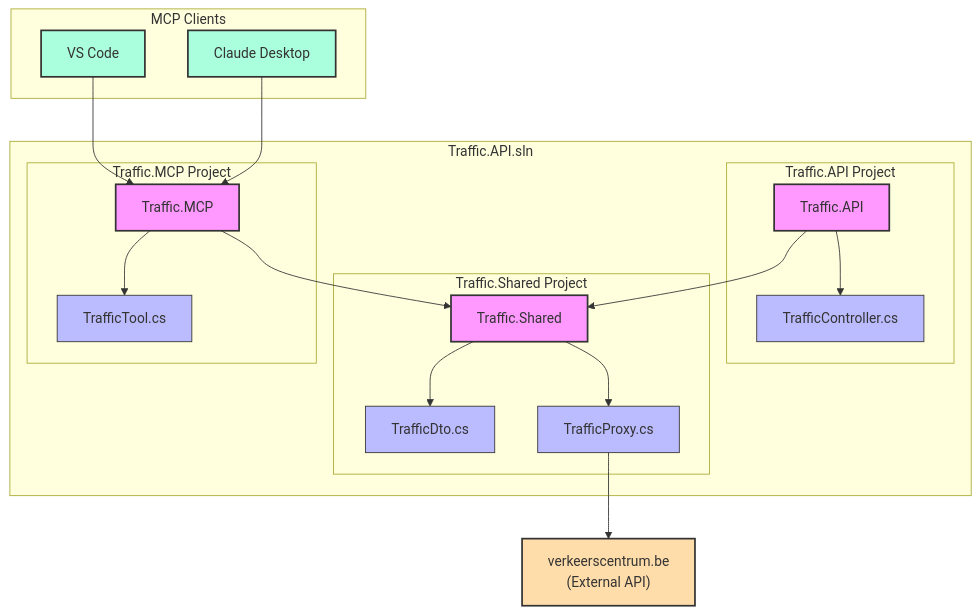
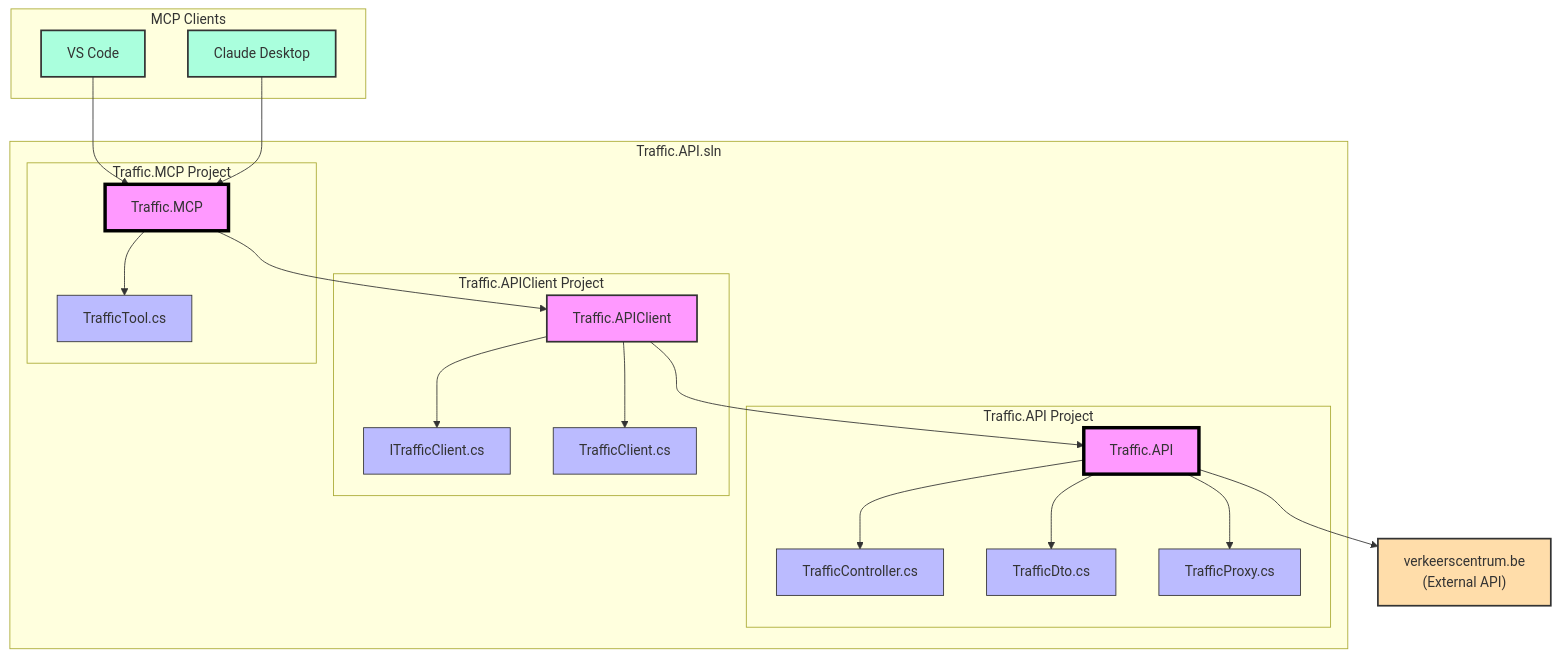
Before and after one commit to jeroenmaes/traffic-api: the diagram in README.md, drawn with Mermaid. The commit also changed other lines of this file and 22 other files, not shown here.

First line of the commit message:
Refactor Traffic API architecture and client library

````diff
--- a/README.md
+++ b/README.md
@@ -10,37 +10,41 @@
 ```mermaid
 graph TD
     subgraph "Traffic.API.sln"
         subgraph "Traffic.API Project"
-            API["Traffic.API"] --> TrafficCtrl["TrafficController.cs"] 
+            API["Traffic.API"] --> TrafficCtrl["TrafficController.cs"]
+            API --> TrafficDto["TrafficDto.cs"]
+            API --> TrafficProxy["TrafficProxy.cs"]
         end
-
-        subgraph "Traffic.Shared Project"
-            Shared["Traffic.Shared"] --> TrafficDto["TrafficDto.cs"]
-            Shared --> TrafficProxy["TrafficProxy.cs"]           
+        
+        subgraph "Traffic.APIClient Project"
+            APIClient["Traffic.APIClient"] --> IClient["ITrafficClient.cs"]
+            APIClient --> ClientImpl["TrafficClient.cs"]
         end
 
         subgraph "Traffic.MCP Project"
             MCP["Traffic.MCP"] --> MCPTool["TrafficTool.cs"]            
-        end      
-        API --> Shared
-        MCP --> Shared
+        end
+        
+        APIClient --> API
+        MCP --> APIClient
     end
 
     subgraph "MCP Clients"
         VSCode["VS Code"] --> MCP
         Claude["Claude Desktop"] --> MCP
     end
-
-    TrafficProxy --> ExternalAPI["verkeerscentrum.be<br/>(External API)"]
-
+      API --> ExternalAPI["verkeerscentrum.be<br/>(External API)"]
+    
     classDef project fill:#f9f,stroke:#333,stroke-width:2px;
     classDef file fill:#bbf,stroke:#333,stroke-width:1px;
     classDef folder fill:#ddf,stroke:#333,stroke-width:1px;
     classDef consumer fill:#afd,stroke:#333,stroke-width:2px;
     classDef external fill:#fda,stroke:#333,stroke-width:2px;
-
-    class API,MCP,Shared project;
-    class TrafficCtrl,TrafficDto,TrafficProxy,MCPTool file;
+    classDef boldProject fill:#f9f,stroke:#000,stroke-width:4px;
+    
+    class APIClient project;
+    class API,MCP boldProject;
+    class TrafficCtrl,TrafficDto,TrafficProxy,MCPTool,IClient,ClientImpl file;
     class VSCode,Claude consumer;
     class ExternalAPI external;
 ```
````
